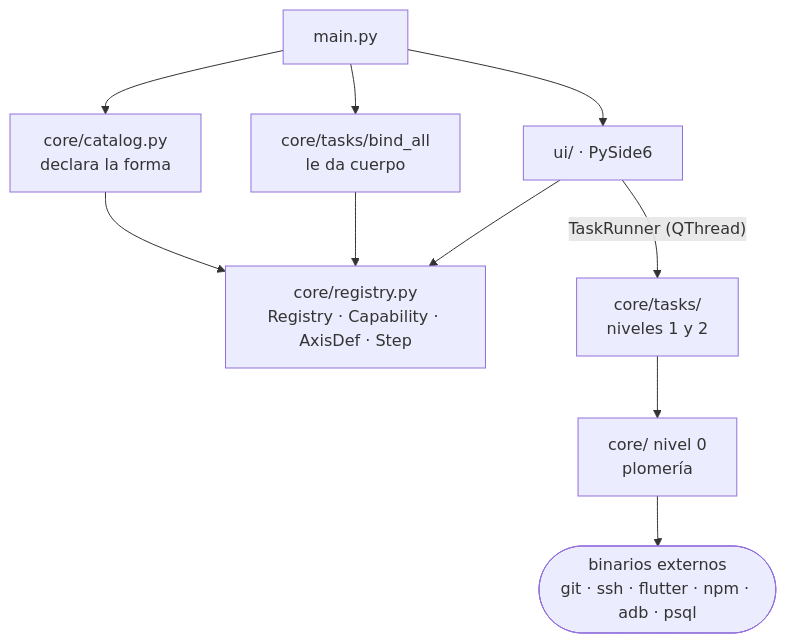
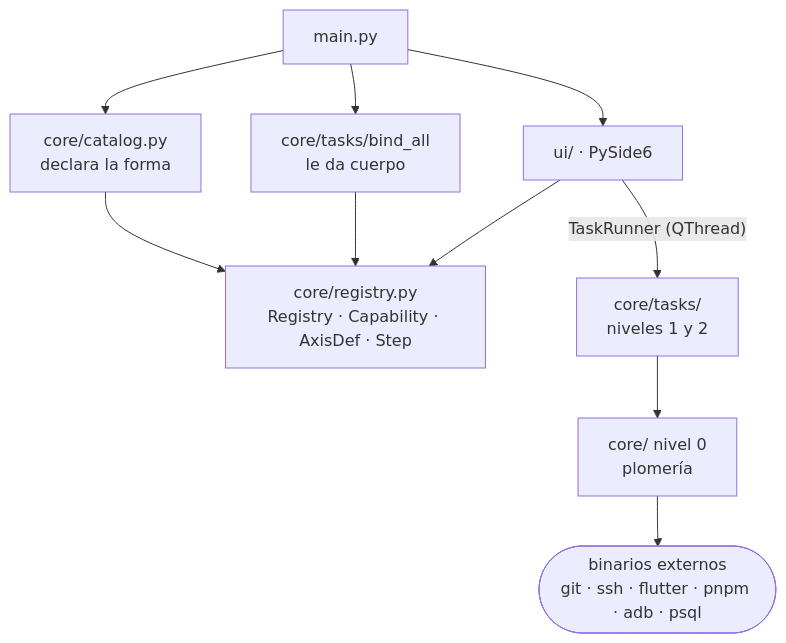
One commit to equipaggioe/consola changed the diagram in docs/arquitectura/02_bloques.md. Above: the diagram before and after it, drawn with Mermaid. The commit also changed other lines of this file and 283 other files, not shown here.

````diff
--- a/docs/arquitectura/02_bloques.md
+++ b/docs/arquitectura/02_bloques.md
@@ -5,12 +5,12 @@
 ```mermaid
 flowchart TD
     MAIN[main.py] --> CAT[core/catalog.py<br/>declara la forma]
     MAIN --> BIND[core/tasks/bind_all<br/>le da cuerpo]
     MAIN --> UI[ui/ · PySide6]
     UI --> REG[core/registry.py<br/>Registry · Capability · AxisDef · Step]
     CAT --> REG
     BIND --> REG
     UI -- "TaskRunner (QThread)" --> T[core/tasks/<br/>niveles 1 y 2]
     T --> N0[core/ nivel 0<br/>plomería]
-    N0 --> EXT([binarios externos<br/>git · ssh · flutter · npm · adb · psql])
+    N0 --> EXT([binarios externos<br/>git · ssh · flutter · pnpm · adb · psql])
 ```
````
